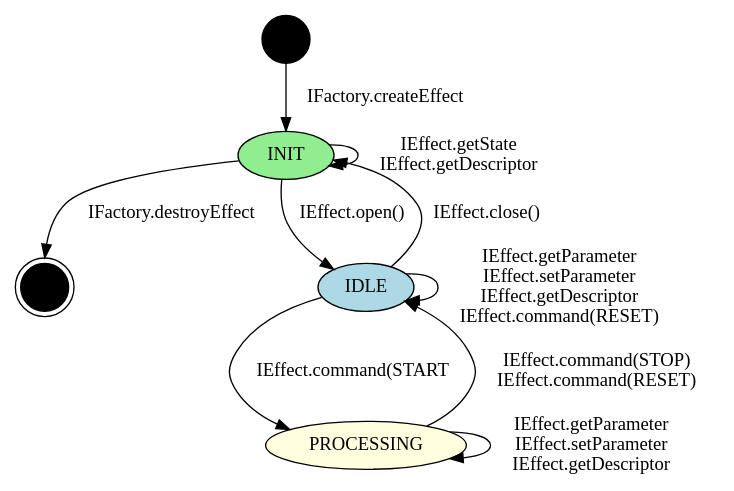
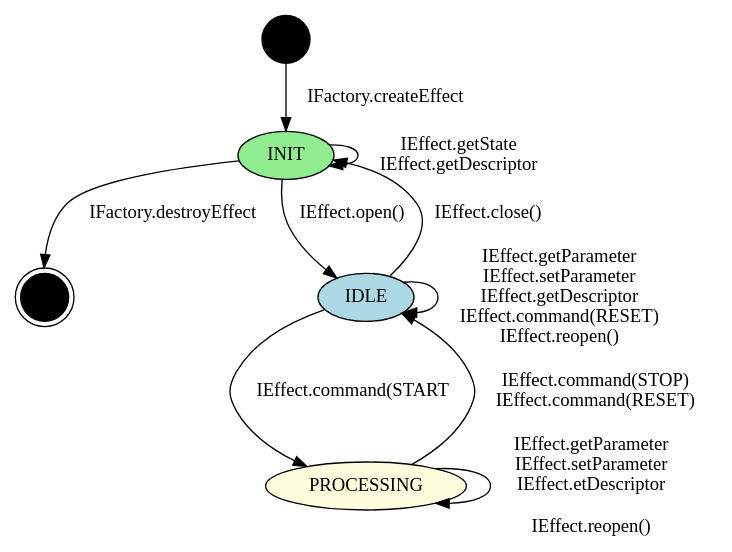
The diagram in audio/aidl/android/hardware/audio/effect/state.gv (335015939hi/dumbos-platform_hardware_interfaces), drawn with Graphviz before and after one commit. The commit also changed 4 other files, not shown here.

First line of the commit message:
Effect AIDL: add IEffect.reopen to update the effect instances data FMQ

```diff
--- a/audio/aidl/android/hardware/audio/effect/state.gv
+++ b/audio/aidl/android/hardware/audio/effect/state.gv
@@ -1,36 +1,38 @@
 /*
  * Copyright (C) 2022 The Android Open Source Project
  *
  * Licensed under the Apache License, Version 2.0 (the "License");
  * you may not use this file except in compliance with the License.
  * You may obtain a copy of the License at
  *
  *      http://www.apache.org/licenses/LICENSE-2.0
  *
  * Unless required by applicable law or agreed to in writing, software
  * distributed under the License is distributed on an "AS IS" BASIS,
  * WITHOUT WARRANTIES OR CONDITIONS OF ANY KIND, either express or implied.
  * See the License for the specific language governing permissions and
  * limitations under the License.
  */
 
 // To render: "dot -Tpng state.gv -o state.png"
 digraph effect_state_machine {
     node[shape = point style = filled fillcolor = black width = 0.5] I;
     node[shape = doublecircle] F;
     node[shape = oval width = 1];
     node[fillcolor = lightgreen] INIT;
     node[fillcolor = lightblue] IDLE;
     node[fillcolor = lightyellow] PROCESSING;
 
     I -> INIT[label = "IFactory.createEffect" labelfontcolor = "navy"];
     INIT -> F[label = "IFactory.destroyEffect"];
     INIT -> IDLE[label = "IEffect.open()" labelfontcolor = "lime"];
     IDLE -> PROCESSING[label = "IEffect.command(START"];
     PROCESSING -> IDLE[label = "IEffect.command(STOP)\nIEffect.command(RESET)"];
     IDLE -> INIT[label = "IEffect.close()"];
 
     INIT -> INIT[label = "IEffect.getState\nIEffect.getDescriptor"];
-    IDLE -> IDLE[label = "IEffect.getParameter\nIEffect.setParameter\nIEffect.getDescriptor\nIEffect.command(RESET)"];
-    PROCESSING -> PROCESSING[label = "IEffect.getParameter\nIEffect.setParameter\nIEffect.getDescriptor"];
+    IDLE -> IDLE[label = "IEffect.getParameter\nIEffect.setParameter\nIEffect.getDescriptor\nIEffect.command(RESET)\nIEffect.reopen()"];
+    PROCESSING
+            -> PROCESSING
+                    [label = "IEffect.getParameter\nIEffect.setParameter\nIEffect.etDescriptor\n\nIEffect.reopen()"];
 }
```
